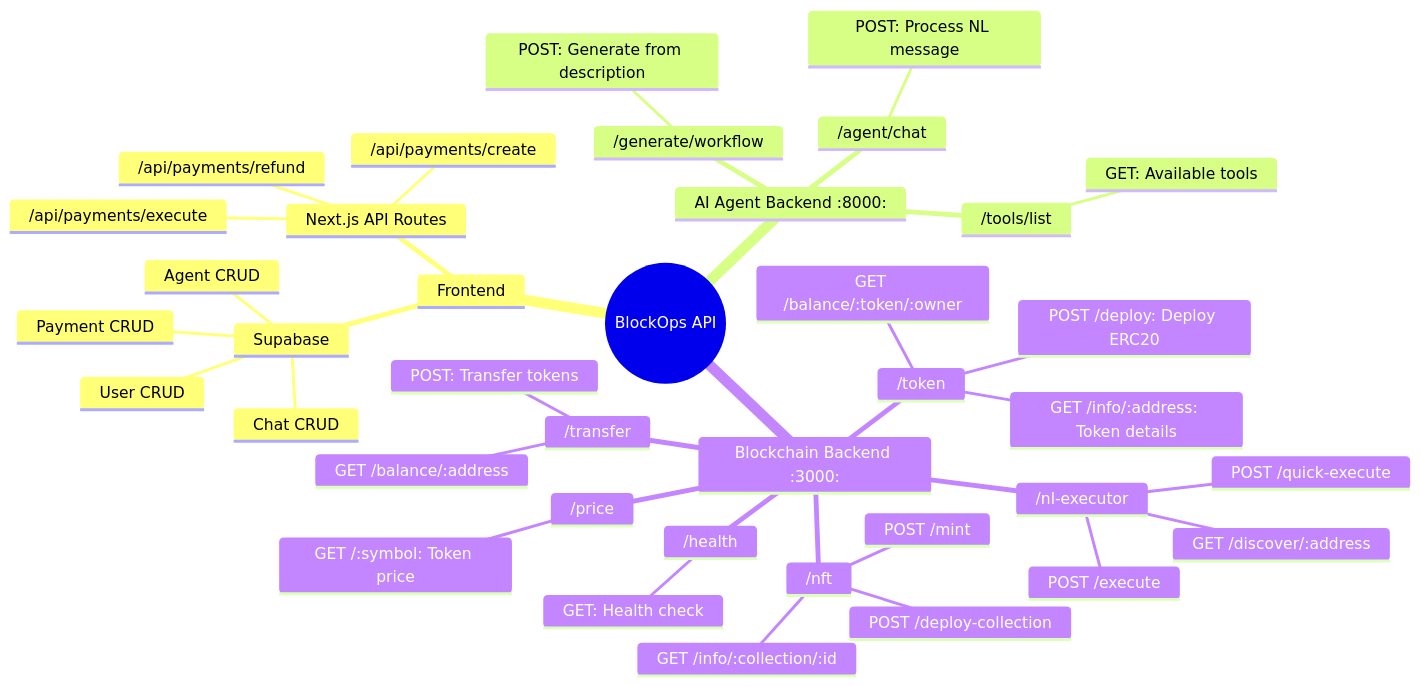
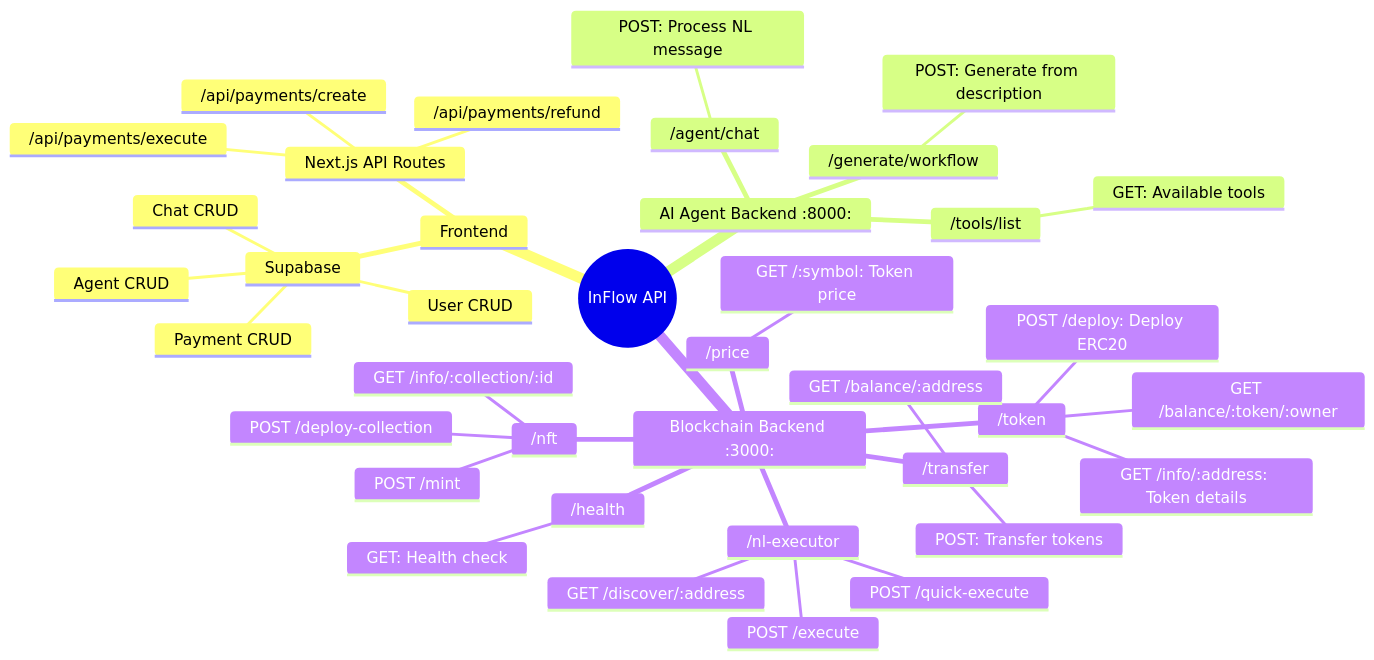
Before and after one commit to lviffy/InFlow-Agent-Builder: diagram 12 of 15 in WORKFLOW_DIAGRAM.md, drawn with Mermaid. The commit also changed other lines of this file and 34 other files, not shown here.

````diff
--- a/WORKFLOW_DIAGRAM.md
+++ b/WORKFLOW_DIAGRAM.md
@@ -671,41 +671,41 @@
 ```mermaid
 mindmap
-  root((BlockOps API))
+  root((InFlow API))
     Frontend
       Supabase
         User CRUD
         Agent CRUD
         Chat CRUD
         Payment CRUD
       Next.js API Routes
         /api/payments/create
         /api/payments/execute
         /api/payments/refund
     AI Agent Backend :8000:
       /agent/chat
         POST: Process NL message
       /generate/workflow
         POST: Generate from description
       /tools/list
         GET: Available tools
     Blockchain Backend :3000:
       /health
         GET: Health check
       /token
         POST /deploy: Deploy ERC20
         GET /info/:address: Token details
         GET /balance/:token/:owner
       /nft
         POST /deploy-collection
         POST /mint
         GET /info/:collection/:id
       /transfer
         POST: Transfer tokens
         GET /balance/:address
       /price
         GET /:symbol: Token price
       /nl-executor
         GET /discover/:address
         POST /execute
         POST /quick-execute
 ```
````
